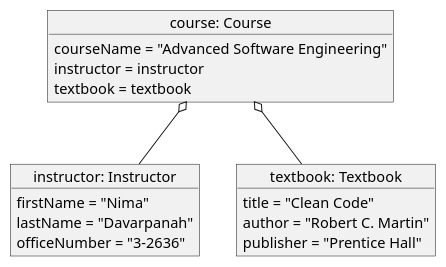
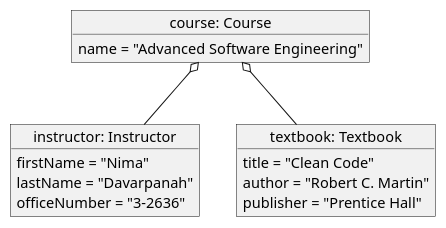
The diagram in CS5800_HW2/Q2_Aggregation.puml (BrandonTDiep/CS5800_HW), drawn with PlantUML before and after one commit. The commit also changed 4 other files, not shown here.

```diff
--- a/CS5800_HW2/Q2_Aggregation.puml
+++ b/CS5800_HW2/Q2_Aggregation.puml
@@ -1,25 +1,23 @@
 @startuml
 'https://plantuml.com/object-diagram
 
 object "course: Course" as course{
-    courseName = "Advanced Software Engineering"
-    instructor = instructor
-    textbook = textbook
+    name = "Advanced Software Engineering"
 }
 
 object "instructor: Instructor" as instructor {
     firstName = "Nima"
     lastName = "Davarpanah"
     officeNumber = "3-2636"
 }
 
 object "textbook: Textbook" as textbook {
     title = "Clean Code"
     author = "Robert C. Martin"
     publisher = "Prentice Hall"
 }
 
 course o-- instructor
 course o-- textbook
 
 @enduml
```
